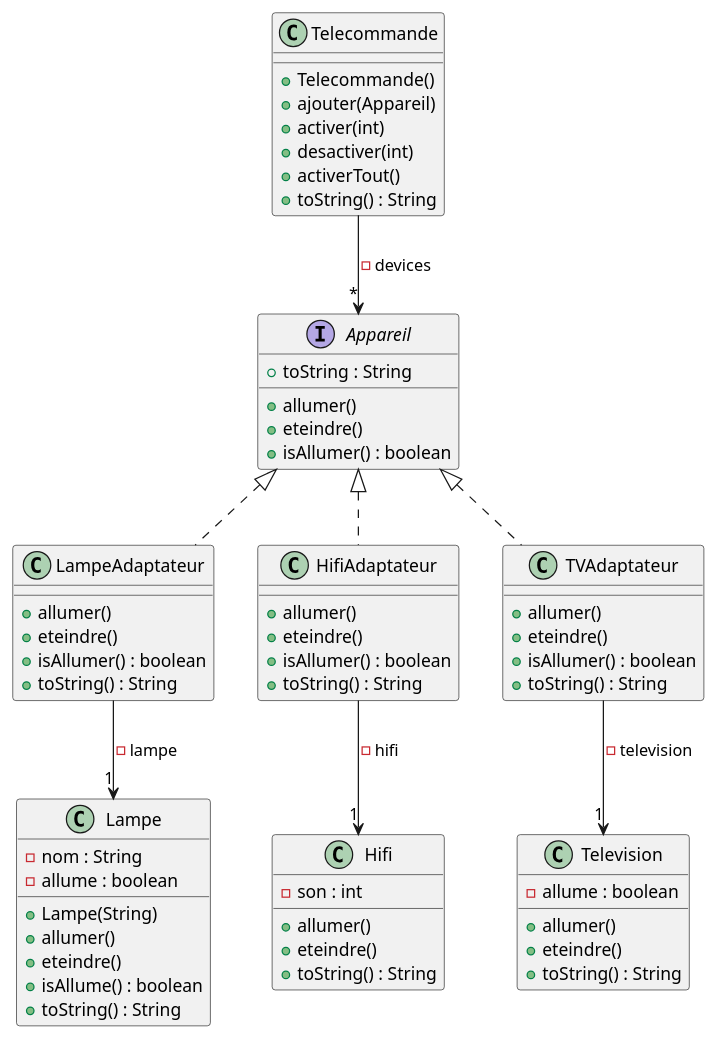
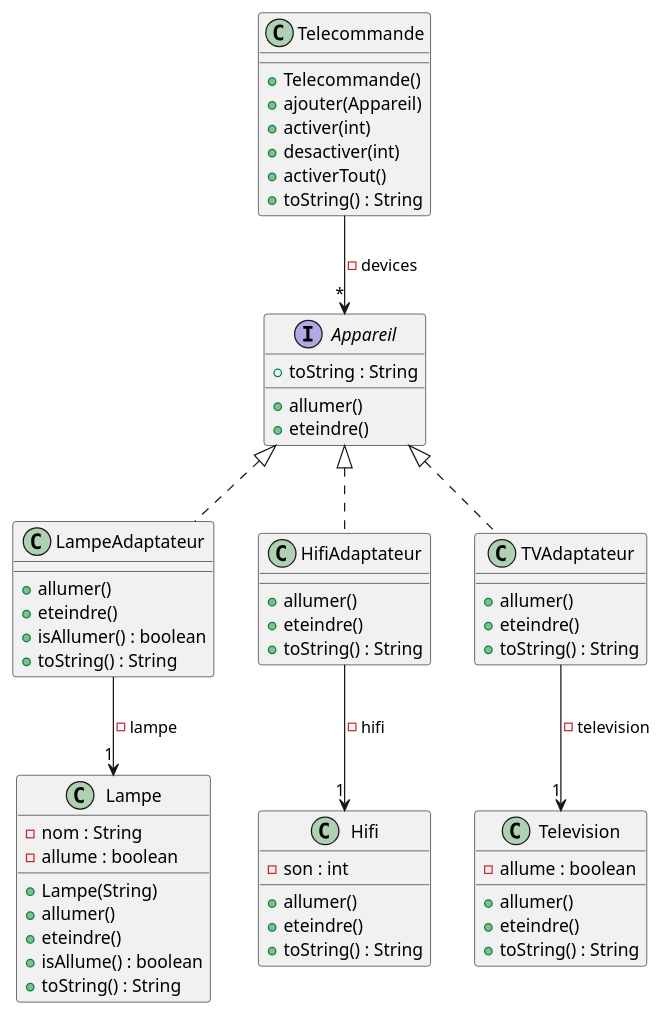
One commit to Hugo-COLLIN/BUT_S2_COO_domotique changed the diagram in TD7/ressource/diagramClasse.puml. Above: the diagram before and after it, drawn with PlantUML. The commit also changed 1 other file, not shown here.

Commit message:
rectification des diagrammes

```diff
--- a/TD7/ressource/diagramClasse.puml
+++ b/TD7/ressource/diagramClasse.puml
@@ -1,75 +1,72 @@
 @startuml
 
 class Lampe {
     - nom : String
     - allume : boolean
     + Lampe(String)
     + allumer()
     + eteindre()
     + isAllume() : boolean
     + toString() : String
 }
 
 class Hifi {
     - son : int
     + allumer()
     + eteindre()
     + toString() : String
 }
 
 class Telecommande {
     + Telecommande()
     + ajouter(Appareil)
     + activer(int)
     + desactiver(int)
     + activerTout()
     + toString() : String
 }
 
 class Television {
     - allume : boolean
     + allumer()
     + eteindre()
     + toString() : String
 }
 
 interface Appareil{
     + allumer()
     + eteindre()
-    + isAllumer() : boolean
     + toString : String
 }
 
 class LampeAdaptateur{
     + allumer()
     + eteindre()
     + isAllumer() : boolean
     + toString() : String
 }
 
 class HifiAdaptateur{
     + allumer()
     + eteindre()
-    + isAllumer() : boolean
     + toString() : String
 }
 
 class TVAdaptateur{
     + allumer()
     + eteindre()
-    + isAllumer() : boolean
     + toString() : String
 }
 
 Appareil <|.. LampeAdaptateur
 Appareil <|.. HifiAdaptateur
 Appareil <|.. TVAdaptateur
 
 LampeAdaptateur --> "1" Lampe :  - lampe
 HifiAdaptateur --> "1" Hifi : - hifi
 TVAdaptateur --> "1" Television : - television
 
 
 Telecommande --> "*" Appareil : - devices
 
 @enduml
```
